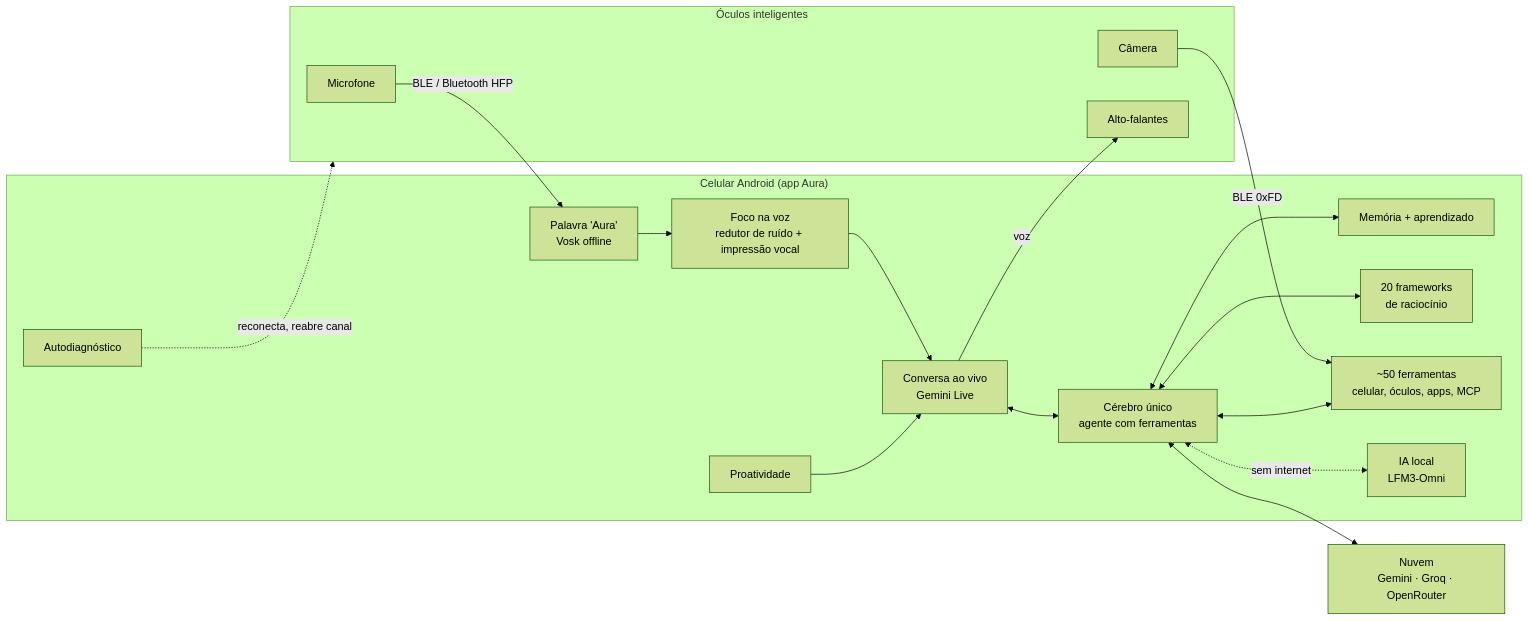
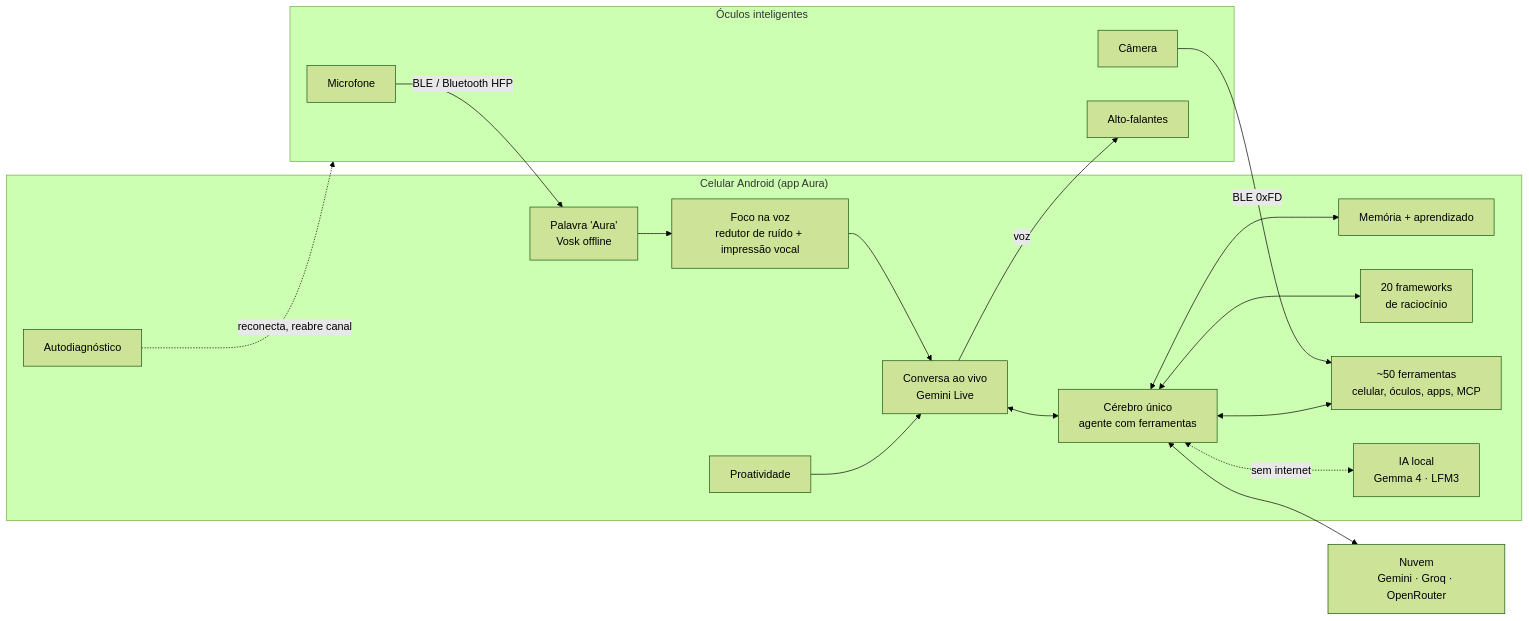
The diagram in README.md (m4rkdevbr/aura-jarvis), drawn with Mermaid (forest theme) before and after one commit. The commit also changed other lines of this file and 19 other files, not shown here.

First line of the commit message:
Conversa ao vivo sem limite de tempo e Gemma 4 E2B dentro do app como IA local com ferramentas

````diff
--- a/README.md
+++ b/README.md
@@ -53,35 +53,35 @@
 ```mermaid
 flowchart LR
     subgraph Oculos["Óculos inteligentes"]
         MIC["Microfone"]
         CAM["Câmera"]
         SPK["Alto-falantes"]
     end
 
     subgraph Celular["Celular Android (app Aura)"]
         WAKE["Palavra 'Aura'<br/>Vosk offline"]
         FOCUS["Foco na voz<br/>redutor de ruído + impressão vocal"]
         LIVE["Conversa ao vivo<br/>Gemini Live"]
         BRAIN["Cérebro único<br/>agente com ferramentas"]
         MEM["Memória + aprendizado"]
         REASON["20 frameworks<br/>de raciocínio"]
         TOOLS["~50 ferramentas<br/>celular, óculos, apps, MCP"]
-        LOCAL["IA local<br/>LFM3-Omni"]
+        LOCAL["IA local<br/>Gemma 4 · LFM3"]
         HEALTH["Autodiagnóstico"]
         PRO["Proatividade"]
     end
 
     NUVEM["Nuvem<br/>Gemini · Groq · OpenRouter"]
 
     MIC -- "BLE / Bluetooth HFP" --> WAKE --> FOCUS --> LIVE
     CAM -- "BLE 0xFD" --> TOOLS
     LIVE <--> BRAIN
     BRAIN <--> MEM
     BRAIN <--> REASON
     BRAIN <--> TOOLS
     BRAIN <--> NUVEM
     BRAIN <-. "sem internet" .-> LOCAL
     LIVE -- "voz" --> SPK
     HEALTH -. "reconecta, reabre canal" .-> Oculos
     PRO --> LIVE
 ```
````
